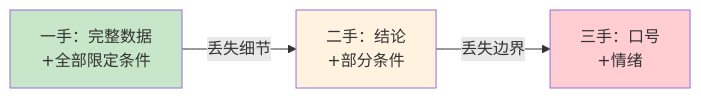
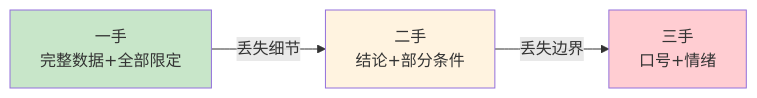
One commit to chongyang211/YCBookBlog changed the second of 2 diagrams in packages/website/13.书籍/04.自我精进·学习/03.信息管理/03.建立优质信息源.md. Above: the diagram before and after it, drawn with Mermaid. The commit also changed other lines of this file and 83 other files, not shown here.

````diff
--- a/packages/website/13.书籍/04.自我精进·学习/03.信息管理/03.建立优质信息源.md
+++ b/packages/website/13.书籍/04.自我精进·学习/03.信息管理/03.建立优质信息源.md
@@ -122,8 +125,8 @@
 ```mermaid
 graph LR
-    A["一手：完整数据<br/>+全部限定条件"] -->|丢失细节| B["二手：结论<br/>+部分条件"]
-    B -->|丢失边界| C["三手：口号<br/>+情绪"]
+    A["一手<br/>完整数据+全部限定"] -->|丢失细节| B["二手<br/>结论+部分条件"]
+    B -->|丢失边界| C["三手<br/>口号+情绪"]
     style A fill:#c8e6c9
     style B fill:#fff3e0
     style C fill:#ffcdd2
 ```
````
